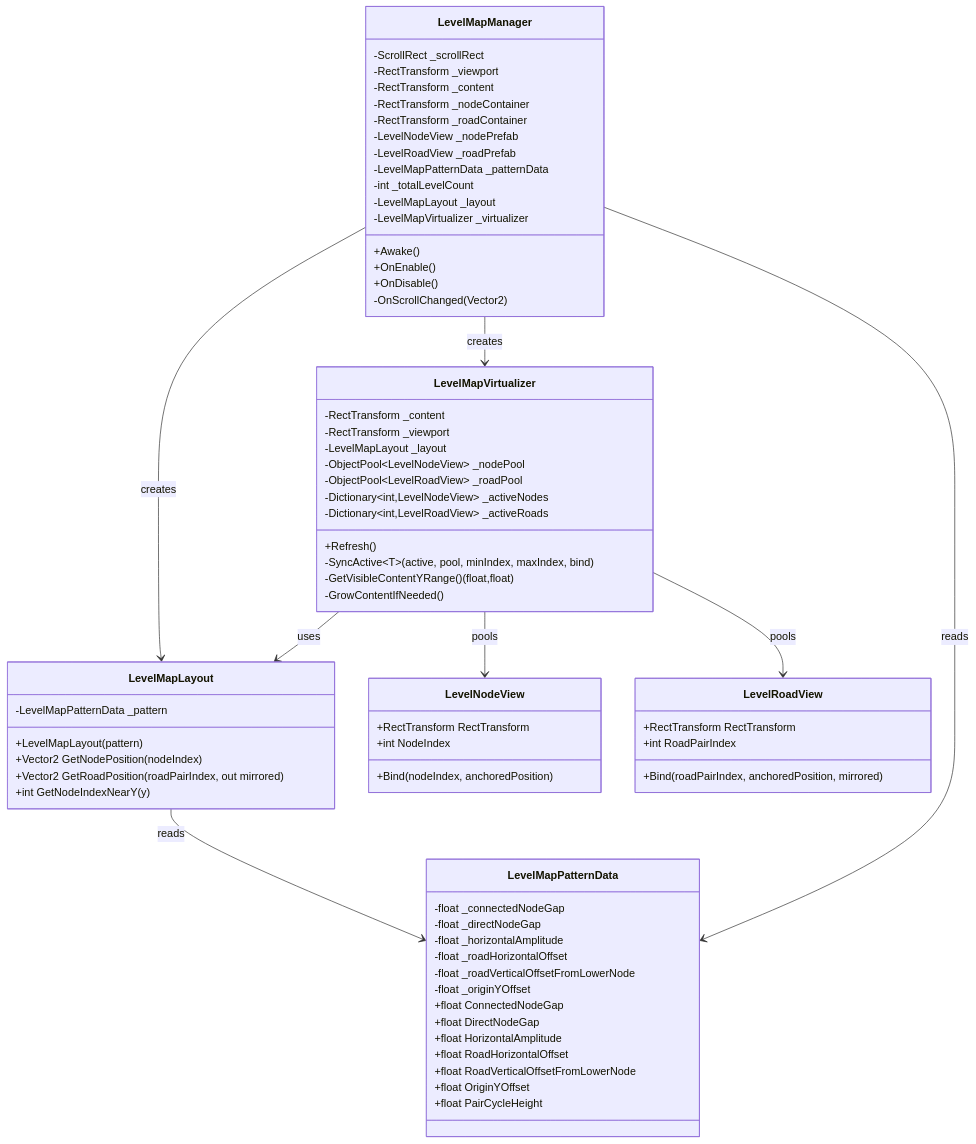
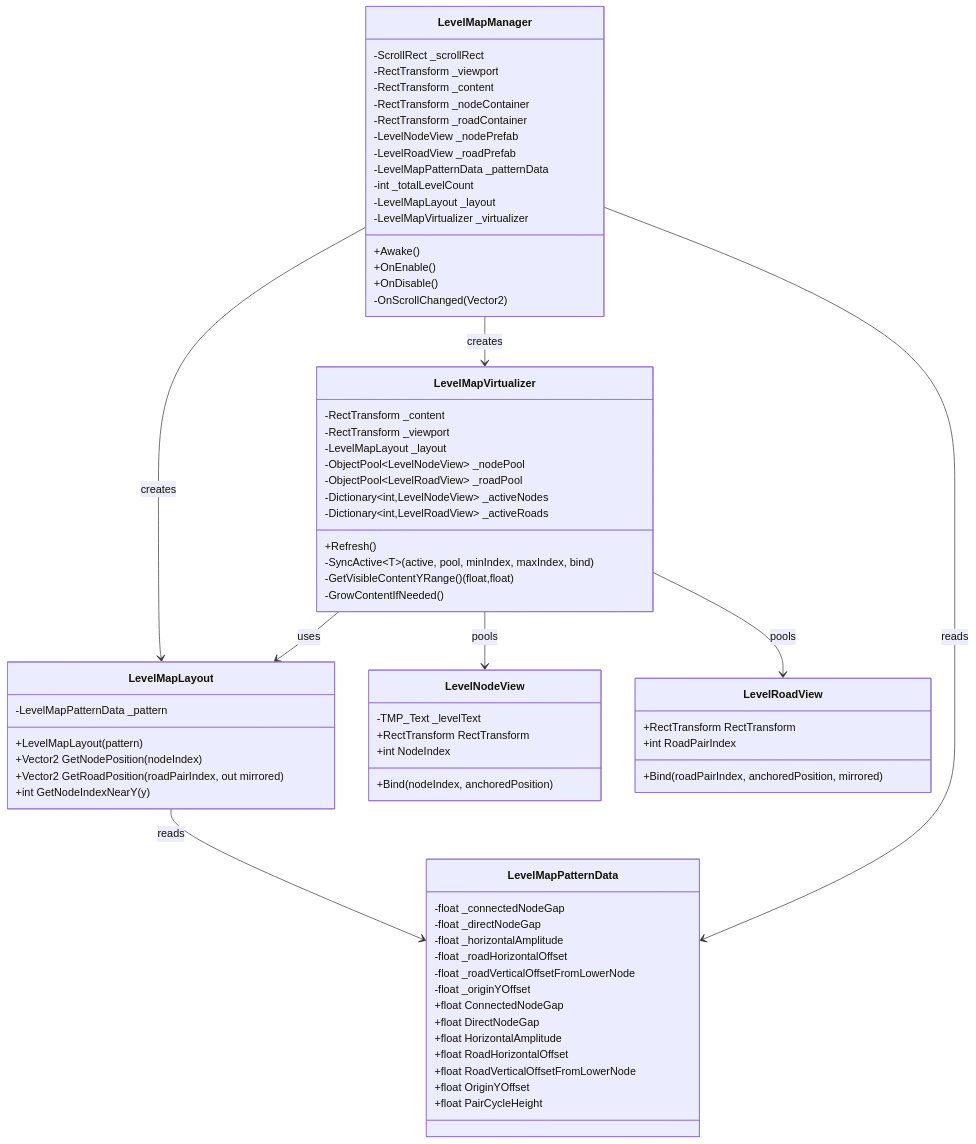
One commit to chlghksgml01/BlockPuzzle changed the first of 2 diagrams in docs/diagrams/level-map.md. Above: the diagram before and after it, drawn with Mermaid. The commit also changed other lines of this file and 66 other files, not shown here.

````diff
--- a/docs/diagrams/level-map.md
+++ b/docs/diagrams/level-map.md
@@ -9,78 +9,79 @@
 ```mermaid
 classDiagram
     class LevelMapPatternData {
         -float _connectedNodeGap
         -float _directNodeGap
         -float _horizontalAmplitude
         -float _roadHorizontalOffset
         -float _roadVerticalOffsetFromLowerNode
         -float _originYOffset
         +float ConnectedNodeGap
         +float DirectNodeGap
         +float HorizontalAmplitude
         +float RoadHorizontalOffset
         +float RoadVerticalOffsetFromLowerNode
         +float OriginYOffset
         +float PairCycleHeight
     }
 
     class LevelMapLayout {
         -LevelMapPatternData _pattern
         +LevelMapLayout(pattern)
         +Vector2 GetNodePosition(nodeIndex)
         +Vector2 GetRoadPosition(roadPairIndex, out mirrored)
         +int GetNodeIndexNearY(y)
     }
 
     class LevelMapVirtualizer {
         -RectTransform _content
         -RectTransform _viewport
         -LevelMapLayout _layout
         -ObjectPool~LevelNodeView~ _nodePool
         -ObjectPool~LevelRoadView~ _roadPool
         -Dictionary~int,LevelNodeView~ _activeNodes
         -Dictionary~int,LevelRoadView~ _activeRoads
         +Refresh()
         -SyncActive~T~(active, pool, minIndex, maxIndex, bind)
         -GetVisibleContentYRange() (float,float)
         -GrowContentIfNeeded()
     }
 
     class LevelMapManager {
         -ScrollRect _scrollRect
         -RectTransform _viewport
         -RectTransform _content
         -RectTransform _nodeContainer
         -RectTransform _roadContainer
         -LevelNodeView _nodePrefab
         -LevelRoadView _roadPrefab
         -LevelMapPatternData _patternData
         -int _totalLevelCount
         -LevelMapLayout _layout
         -LevelMapVirtualizer _virtualizer
         +Awake()
         +OnEnable()
         +OnDisable()
         -OnScrollChanged(Vector2)
     }
 
     class LevelNodeView {
+        -TMP_Text _levelText
         +RectTransform RectTransform
         +int NodeIndex
         +Bind(nodeIndex, anchoredPosition)
     }
 
     class LevelRoadView {
         +RectTransform RectTransform
         +int RoadPairIndex
         +Bind(roadPairIndex, anchoredPosition, mirrored)
     }
 
     LevelMapManager --> LevelMapLayout : creates
     LevelMapManager --> LevelMapVirtualizer : creates
     LevelMapManager --> LevelMapPatternData : reads
     LevelMapVirtualizer --> LevelMapLayout : uses
     LevelMapVirtualizer --> LevelNodeView : pools
     LevelMapVirtualizer --> LevelRoadView : pools
     LevelMapLayout --> LevelMapPatternData : reads
 ```
````
